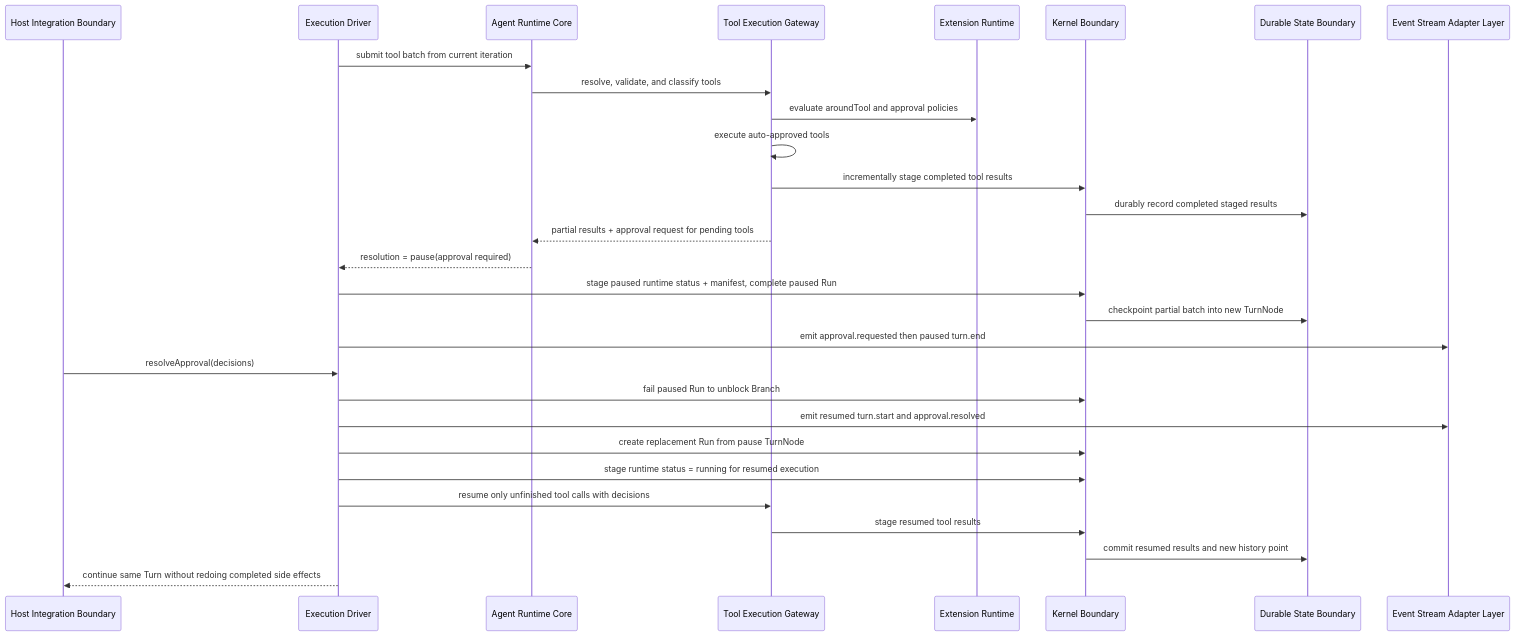
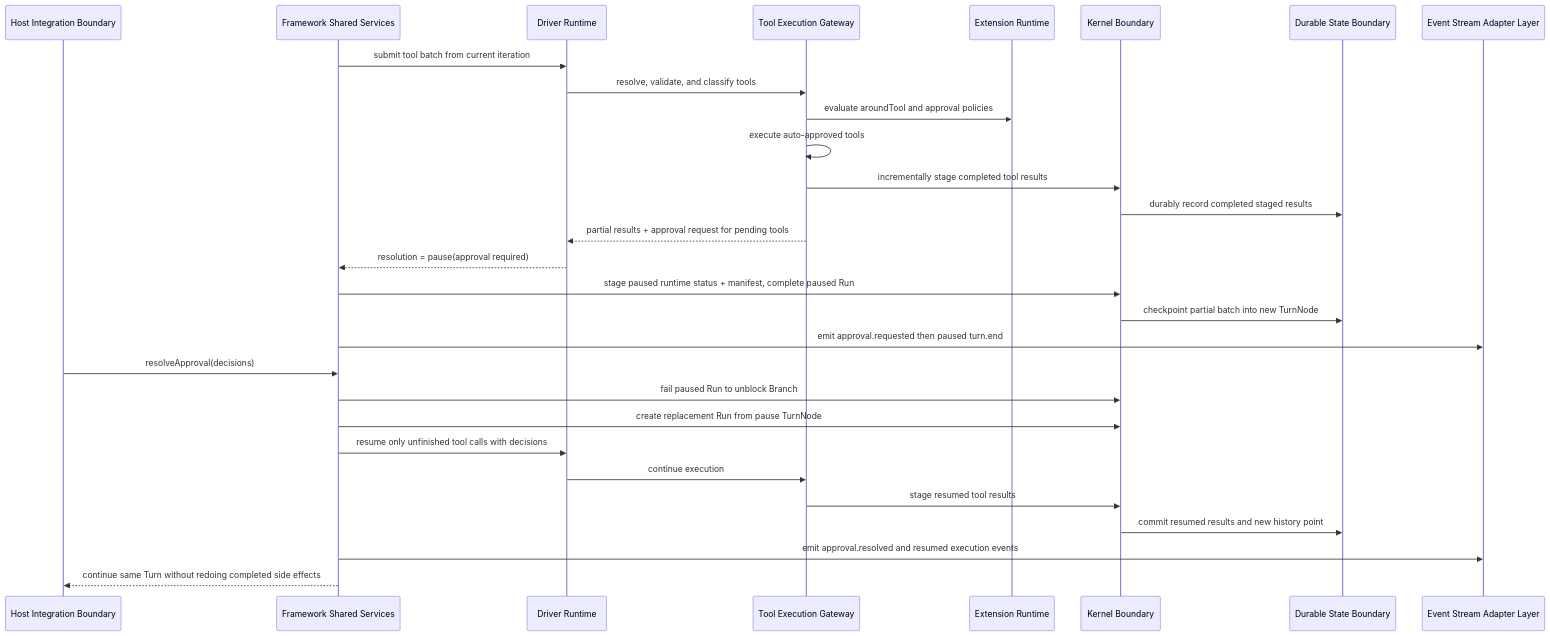
The third of 5 diagrams in constitution/Architecture.md (Tuvren/runtime), drawn with Mermaid before and after one commit. The commit also changed other lines of this file and 4 other files, not shown here.

Commit message:
Reframe Kraken docs around shared framework foundations and drivers

````diff
--- a/constitution/Architecture.md
+++ b/constitution/Architecture.md
@@ -207,32 +211,32 @@
 ```mermaid
 sequenceDiagram
 participant Host as Host Integration Boundary
-participant Driver as Execution Driver
-participant Core as Agent Runtime Core
+participant Framework as Framework Shared Services
+participant Driver as Driver Runtime
 participant Tooling as Tool Execution Gateway
 participant Ext as Extension Runtime
 participant Kernel as Kernel Boundary
 participant State as Durable State Boundary
 participant Events as Event Stream Adapter Layer
 
-Driver->>Core: submit tool batch from current iteration
-Core->>Tooling: resolve, validate, and classify tools
+Framework->>Driver: submit tool batch from current iteration
+Driver->>Tooling: resolve, validate, and classify tools
 Tooling->>Ext: evaluate aroundTool and approval policies
 Tooling->>Tooling: execute auto-approved tools
 Tooling->>Kernel: incrementally stage completed tool results
 Kernel->>State: durably record completed staged results
-Tooling-->>Core: partial results + approval request for pending tools
-Core-->>Driver: resolution = pause(approval required)
-Driver->>Kernel: stage paused runtime status + manifest, complete paused Run
+Tooling-->>Driver: partial results + approval request for pending tools
+Driver-->>Framework: resolution = pause(approval required)
+Framework->>Kernel: stage paused runtime status + manifest, complete paused Run
 Kernel->>State: checkpoint partial batch into new TurnNode
-Driver->>Events: emit approval.requested then paused turn.end
-Host->>Driver: resolveApproval(decisions)
-Driver->>Kernel: fail paused Run to unblock Branch
-Driver->>Events: emit resumed turn.start and approval.resolved
-Driver->>Kernel: create replacement Run from pause TurnNode
-Driver->>Kernel: stage runtime status = running for resumed execution
-Driver->>Tooling: resume only unfinished tool calls with decisions
+Framework->>Events: emit approval.requested then paused turn.end
+Host->>Framework: resolveApproval(decisions)
+Framework->>Kernel: fail paused Run to unblock Branch
+Framework->>Kernel: create replacement Run from pause TurnNode
+Framework->>Driver: resume only unfinished tool calls with decisions
+Driver->>Tooling: continue execution
 Tooling->>Kernel: stage resumed tool results
 Kernel->>State: commit resumed results and new history point
-Driver-->>Host: continue same Turn without redoing completed side effects
+Framework->>Events: emit approval.resolved and resumed execution events
+Framework-->>Host: continue same Turn without redoing completed side effects
 ```
````
